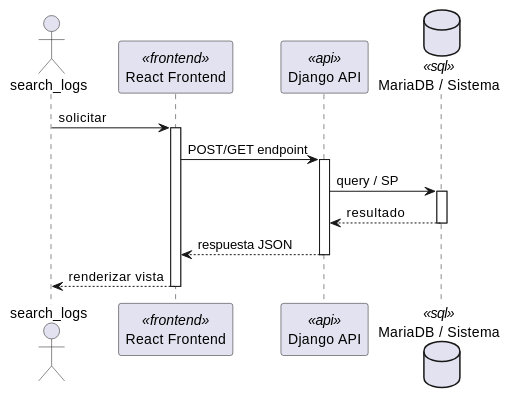
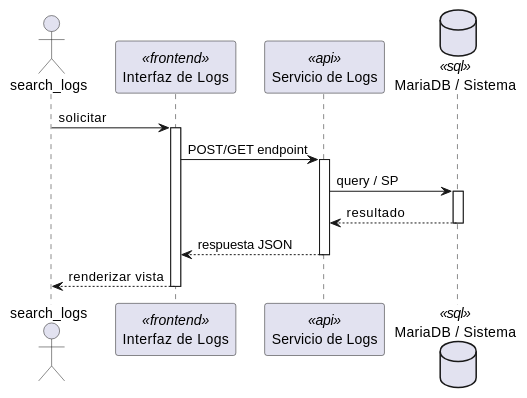
One commit to jcg-admin/IACT-docs changed the first of 2 diagrams in source/arquitectura-tecnica/DesignView/log-03.rst. Above: the diagram before and after it, drawn with PlantUML. The commit also changed other lines of this file and 243 other files, not shown here.

First line of the commit message:
Add missing diagrams and fix participant names across Kruchten views

```diff
--- a/source/arquitectura-tecnica/DesignView/log-03.rst
+++ b/source/arquitectura-tecnica/DesignView/log-03.rst
@@ -22,28 +22,28 @@
 .. uml::
  :caption: UC_LOG_03 — Design View (secuencia)
 
  @startuml
 
  actor "search_logs" as search_logs
- participant "React Frontend" as Frontend <<frontend>>
- participant "Django API" as APIServer <<api>>
- database "MariaDB / Sistema" as BaseDatos <<sql>>
+ participant "Interfaz de Logs" as Iface <<frontend>>
+ participant "Servicio de Logs" as SvcNode <<api>>
+ database "MariaDB / Sistema" as Store <<sql>>
 
- search_logs -> Frontend : solicitar
- activate Frontend
+ search_logs -> Iface : solicitar
+ activate Iface
 
- Frontend -> APIServer : POST/GET endpoint
- activate APIServer
+ Iface -> SvcNode : POST/GET endpoint
+ activate SvcNode
 
- APIServer -> BaseDatos : query / SP
- activate BaseDatos
- BaseDatos --> APIServer : resultado
- deactivate BaseDatos
+ SvcNode -> Store : query / SP
+ activate Store
+ Store --> SvcNode : resultado
+ deactivate Store
 
- APIServer --> Frontend : respuesta JSON
- deactivate APIServer
+ SvcNode --> Iface : respuesta JSON
+ deactivate SvcNode
 
- Frontend --> search_logs : renderizar vista
- deactivate Frontend
+ Iface --> search_logs : renderizar vista
+ deactivate Iface
 
  @enduml
```
